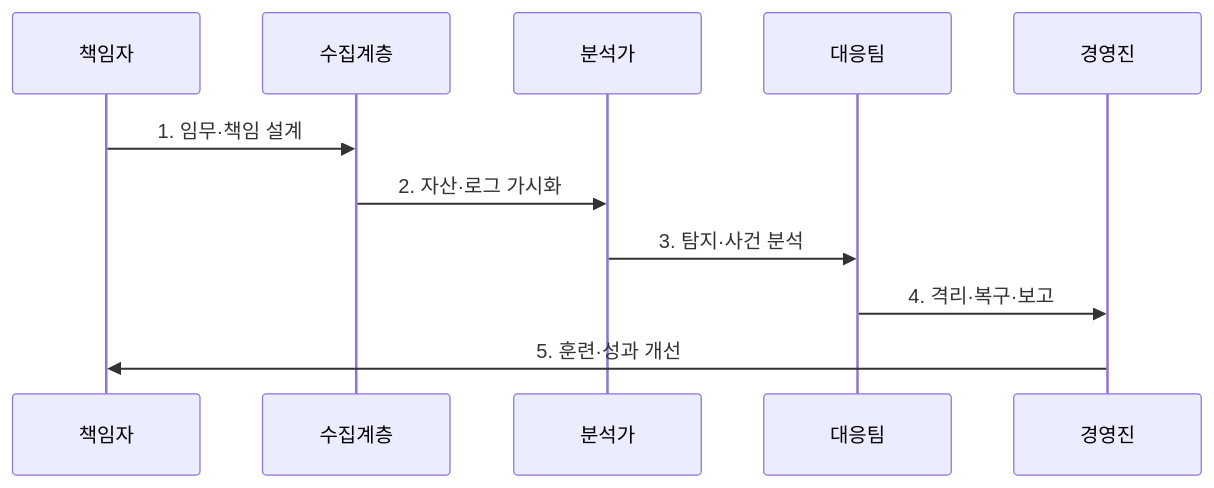
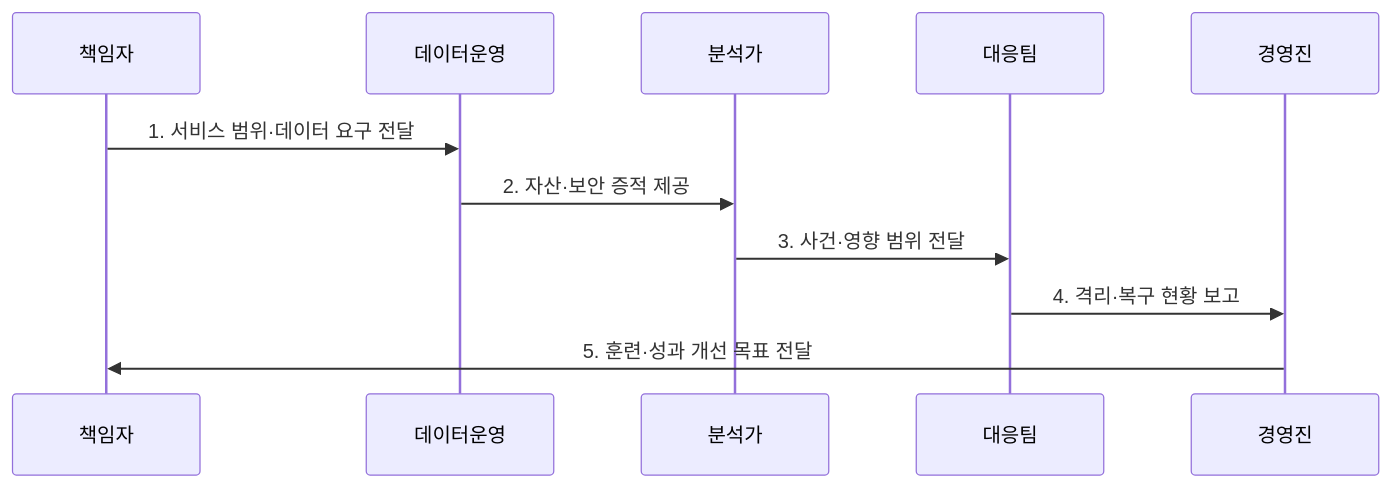
Before and after one commit to agnusdei1207/knowledge-base: the second of 2 diagrams in src/content/docs/notes/05-security/034_security_operations_center.md, drawn with Mermaid. The commit also changed other lines of this file and 20 other files, not shown here.

````diff
--- a/src/content/docs/notes/05-security/034_security_operations_center.md
+++ b/src/content/docs/notes/05-security/034_security_operations_center.md
@@ -85,13 +86,13 @@
 ```mermaid
 sequenceDiagram
     participant 책임자
-    participant 수집계층
+    participant 데이터운영
     participant 분석가
     participant 대응팀
     participant 경영진
-    책임자->>수집계층: 1. 임무·책임 설계
-    수집계층->>분석가: 2. 자산·로그 가시화
-    분석가->>대응팀: 3. 탐지·사건 분석
-    대응팀->>경영진: 4. 격리·복구·보고
-    경영진->>책임자: 5. 훈련·성과 개선
+    책임자->>데이터운영: 1. 서비스 범위·데이터 요구 전달
+    데이터운영->>분석가: 2. 자산·보안 증적 제공
+    분석가->>대응팀: 3. 사건·영향 범위 전달
+    대응팀->>경영진: 4. 격리·복구 현황 보고
+    경영진->>책임자: 5. 훈련·성과 개선 목표 전달
 ```
````
